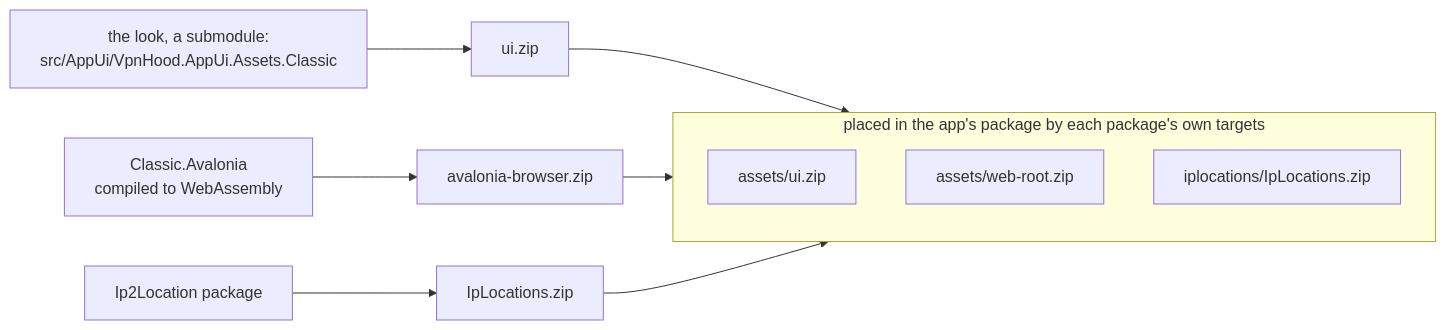
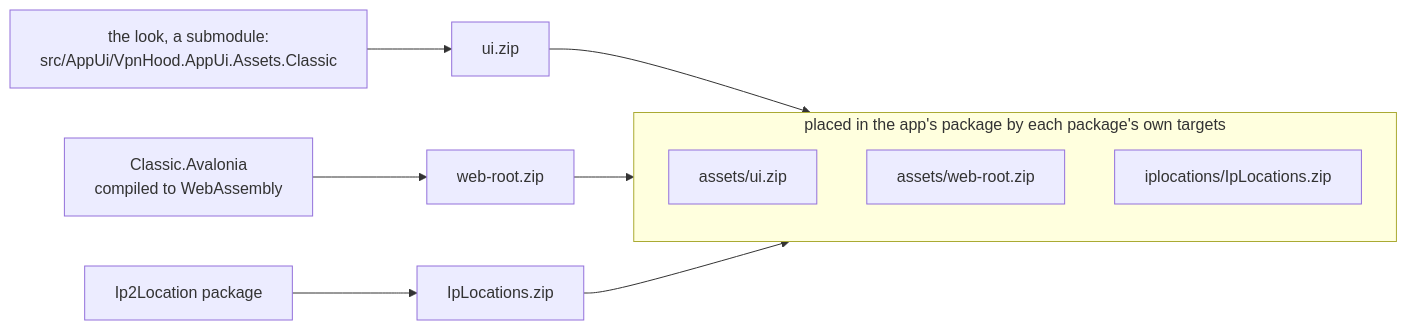
One commit to vpnhood/VpnHood changed the first of 2 diagrams in docs/assets.md. Above: the diagram before and after it, drawn with Mermaid. The commit also changed other lines of this file and 15 other files, not shown here.

````diff
--- a/docs/assets.md
+++ b/docs/assets.md
@@ -72,16 +72,16 @@
 ```mermaid
 graph LR
     W["the look, a submodule:<br/>src/AppUi/VpnHood.AppUi.Assets.Classic"] --> UZ["ui.zip"]
-    CA["Classic.Avalonia<br/>compiled to WebAssembly"] --> BZ["avalonia-browser.zip"]
+    CA["Classic.Avalonia<br/>compiled to WebAssembly"] --> BZ["web-root.zip"]
     IP["Ip2Location package"] --> IZ["IpLocations.zip"]
 
     UZ --> P
     BZ --> P
     IZ --> P
 
     subgraph P["placed in the app's package by each package's own targets"]
         A1["assets/ui.zip"]
         A2["assets/web-root.zip"]
         A3["iplocations/IpLocations.zip"]
     end
 ```
````
